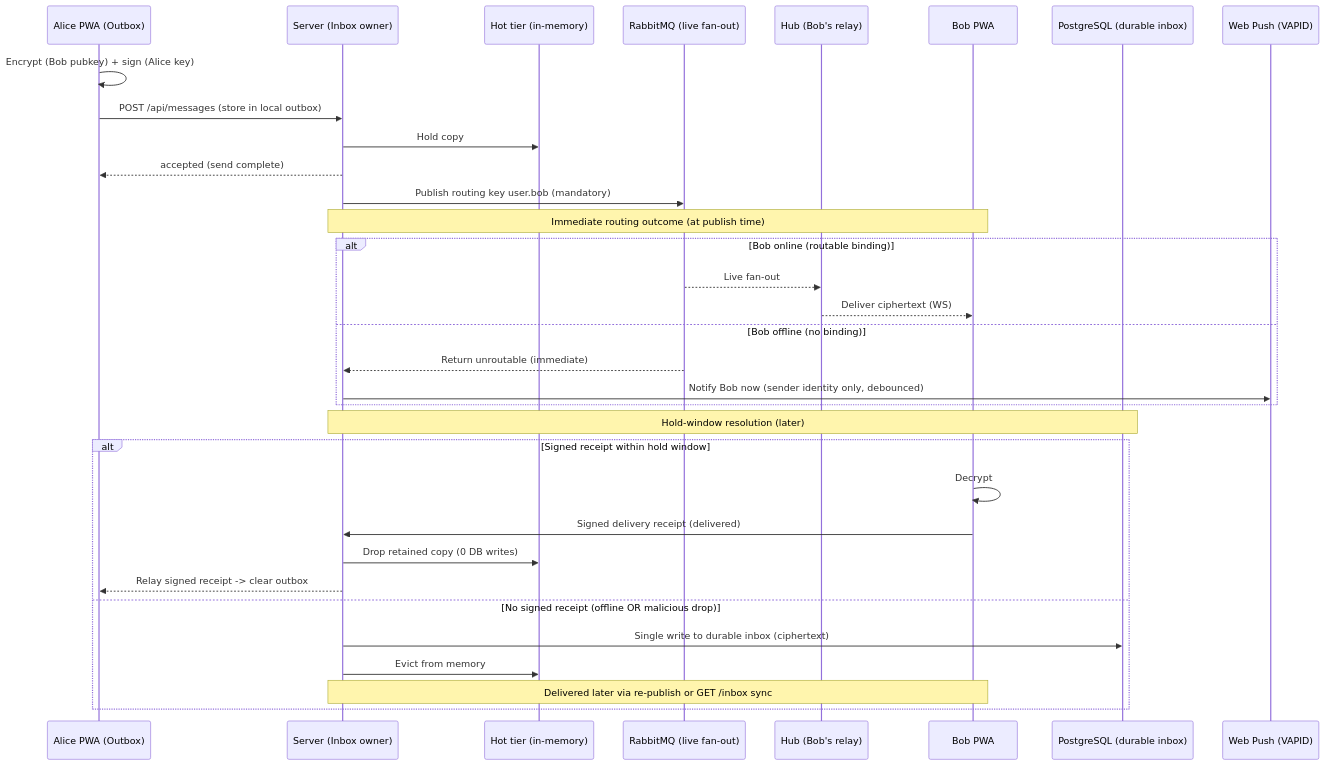
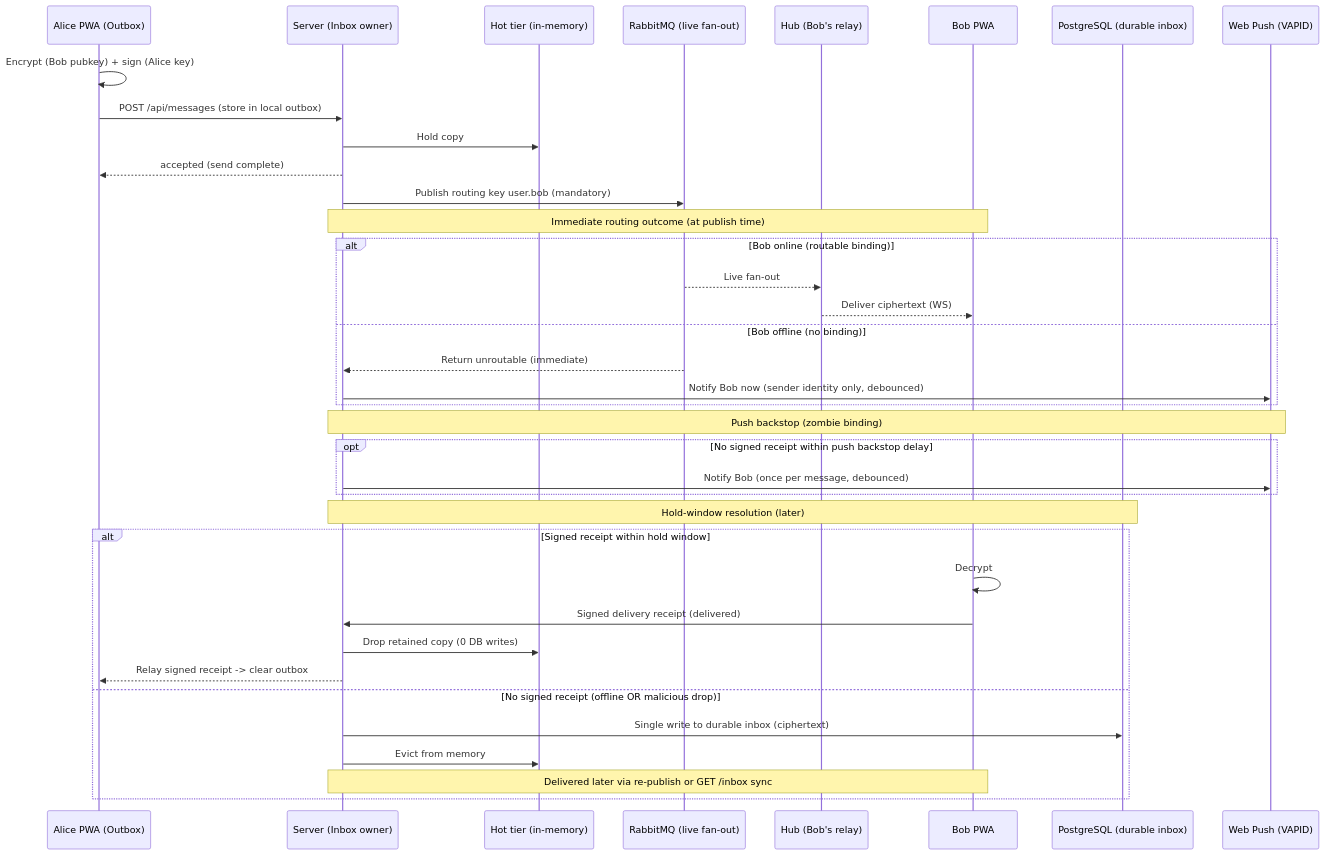
Before and after one commit to olshanskyev/fourletters-meta: the fourth of 8 diagrams in doc/ARCHITECTURE.md, drawn with Mermaid. The commit also changed other lines of this file and 8 other files, not shown here.

````diff
--- a/doc/ARCHITECTURE.md
+++ b/doc/ARCHITECTURE.md
@@ -131,38 +139,43 @@
 ```mermaid
 sequenceDiagram
     participant Alice as Alice PWA (Outbox)
     participant Server as Server (Inbox owner)
     participant Hot as Hot tier (in-memory)
     participant MQ as RabbitMQ (live fan-out)
     participant Hub as Hub (Bob's relay)
     participant Bob as Bob PWA
     participant DB as PostgreSQL (durable inbox)
     participant Push as Web Push (VAPID)
 
     Alice->>Alice: Encrypt (Bob pubkey) + sign (Alice key)
     Alice->>Server: POST /api/messages (store in local outbox)
     Server->>Hot: Hold copy
     Server-->>Alice: accepted (send complete)
     Server->>MQ: Publish routing key user.bob (mandatory)
 
     Note over Server,Bob: Immediate routing outcome (at publish time)
     alt Bob online (routable binding)
         MQ-->>Hub: Live fan-out
         Hub-->>Bob: Deliver ciphertext (WS)
     else Bob offline (no binding)
         MQ-->>Server: Return unroutable (immediate)
         Server->>Push: Notify Bob now (sender identity only, debounced)
     end
 
+    Note over Server,Push: Push backstop (zombie binding)
+    opt No signed receipt within push backstop delay
+        Server->>Push: Notify Bob (once per message, debounced)
+    end
+
     Note over Server,DB: Hold-window resolution (later)
     alt Signed receipt within hold window
         Bob->>Bob: Decrypt
         Bob->>Server: Signed delivery receipt (delivered)
         Server->>Hot: Drop retained copy (0 DB writes)
         Server-->>Alice: Relay signed receipt -> clear outbox
     else No signed receipt (offline OR malicious drop)
         Server->>DB: Single write to durable inbox (ciphertext)
         Server->>Hot: Evict from memory
         Note over Bob,Server: Delivered later via re-publish or GET /inbox sync
     end
 ```
````
